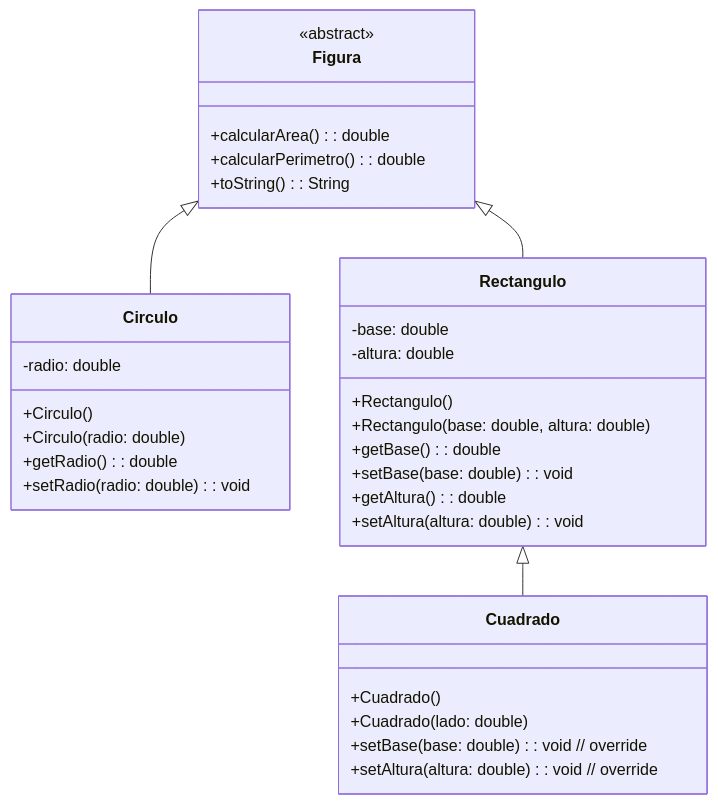
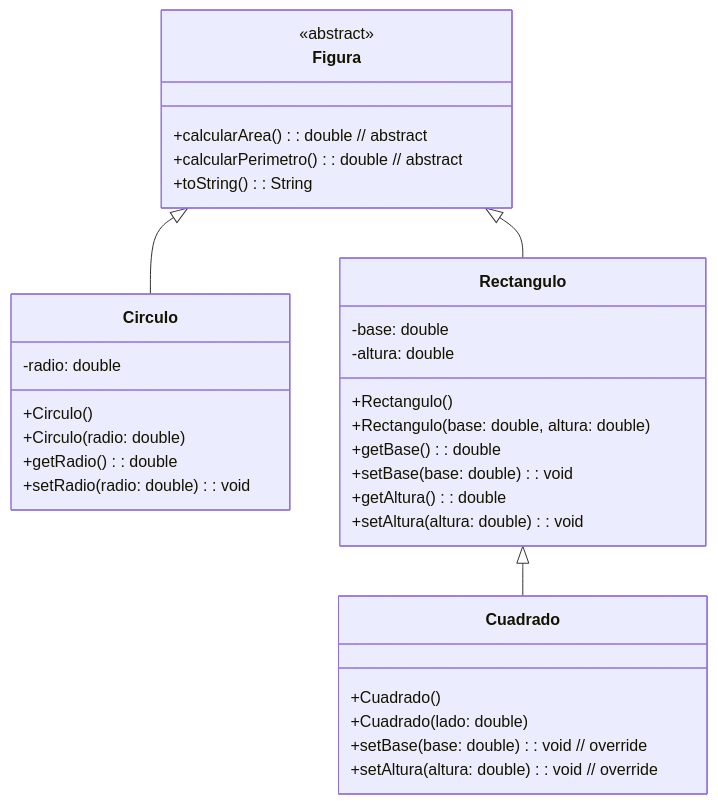
One commit to Salvador-GA/APALOO changed the diagram in 1.5 EjClaseAbstracta/README.md. Above: the diagram before and after it, drawn with Mermaid.

````diff
--- a/1.5 EjClaseAbstracta/README.md
+++ b/1.5 EjClaseAbstracta/README.md
@@ -3,39 +3,39 @@
 ```mermaid
 classDiagram
     class Figura {
         <<abstract>>
-        +calcularArea(): double
-        +calcularPerimetro(): double
+        +calcularArea(): double // abstract
+        +calcularPerimetro(): double // abstract
         +toString(): String
     }
 
     class Circulo {
         -radio: double
         +Circulo()
         +Circulo(radio: double)
         +getRadio(): double
         +setRadio(radio: double): void
     }
 
     class Rectangulo {
         -base: double
         -altura: double
         +Rectangulo()
         +Rectangulo(base: double, altura: double)
         +getBase(): double
         +setBase(base: double): void
         +getAltura(): double
         +setAltura(altura: double): void
     }
 
     class Cuadrado {
         +Cuadrado()
         +Cuadrado(lado: double)
         +setBase(base: double): void // override
         +setAltura(altura: double): void // override
     }
 
     Figura <|-- Circulo
     Figura <|-- Rectangulo
     Rectangulo <|-- Cuadrado
 ```
````
